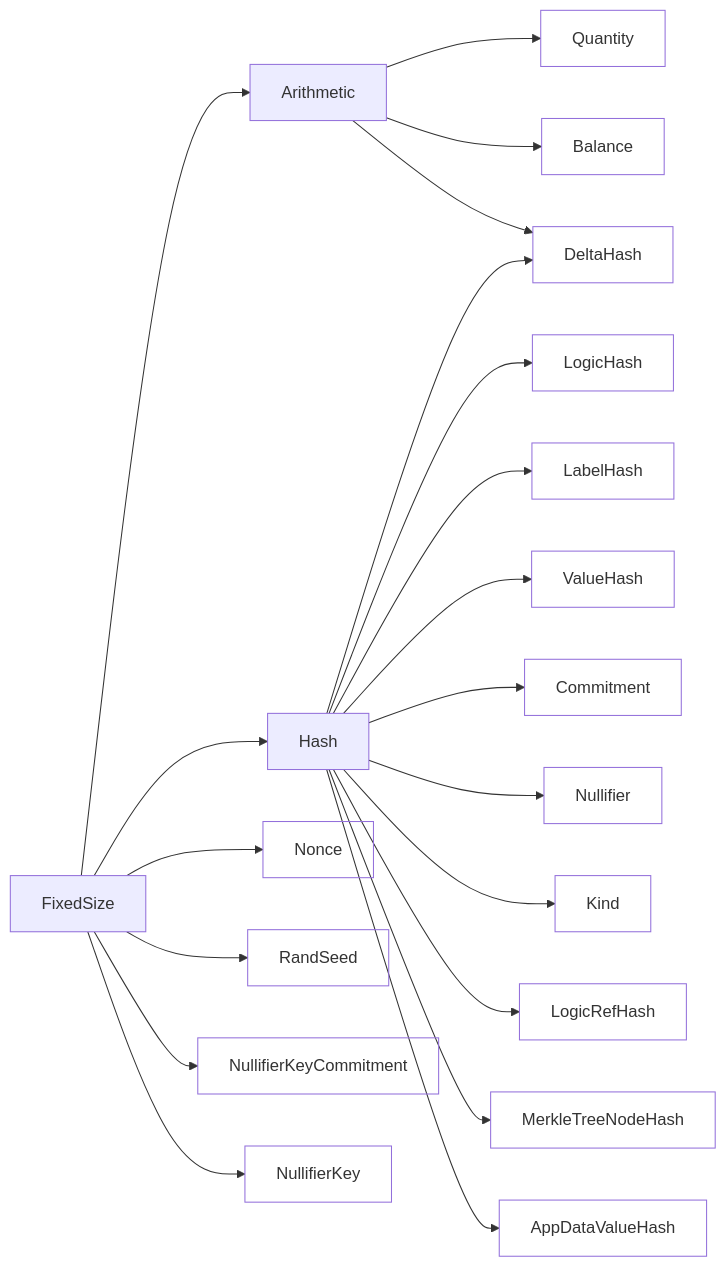
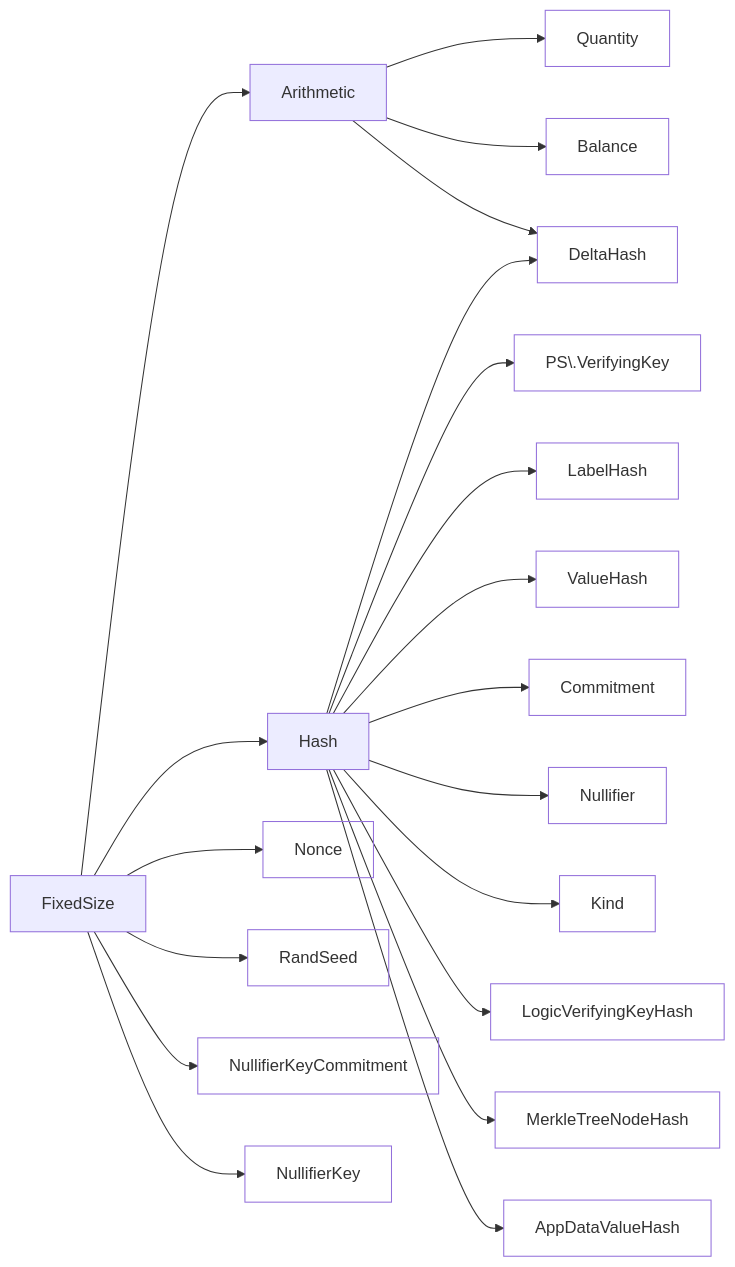
Before and after one commit to anoma/nspec: the second of 2 diagrams in docs/arch/system/state/resource_machine/primitive_interfaces/index.juvix.md, drawn with Mermaid. The commit also changed other lines of this file and 13 other files, not shown here.

````diff
--- a/docs/arch/system/state/resource_machine/primitive_interfaces/index.juvix.md
+++ b/docs/arch/system/state/resource_machine/primitive_interfaces/index.juvix.md
@@ -53,53 +52,53 @@
 ```mermaid
 flowchart LR
 
     FixedSize --> Arithmetic
     FixedSize --> Hash
 
 
     FixedSize --> Nonce
     FixedSize --> RandSeed
     FixedSize --> NullifierKeyCommitment
     FixedSize --> NullifierKey
 
     style Nonce fill:transparent
     style RandSeed fill:transparent
     style NullifierKey fill:transparent
     style NullifierKeyCommitment fill:transparent
 
 
     Arithmetic --> Quantity
     Arithmetic --> Balance
 
     Arithmetic --> DeltaHash
 
     style Quantity fill:transparent
     style Balance fill:transparent
     style DeltaHash fill:transparent
 
 
-    Hash --> LogicHash
+    Hash --> PS\.VerifyingKey 
     Hash --> LabelHash
     Hash --> ValueHash
     Hash --> DeltaHash
 
     Hash --> Commitment
     Hash --> Nullifier
     Hash --> Kind
-    Hash --> LogicRefHash
+    Hash --> LogicVerifyingKeyHash
     Hash --> MerkleTreeNodeHash
 
-    style LogicHash fill:transparent
+    style PS\.VerifyingKey fill:transparent
     style LabelHash fill:transparent
     style ValueHash fill:transparent
     style DeltaHash fill:transparent
     style Commitment fill:transparent
     style Nullifier fill:transparent
     style Kind fill:transparent
-    style LogicRefHash fill:transparent
+    style LogicVerifyingKeyHash fill:transparent
     style MerkleTreeNodeHash fill:transparent
 
 
     Hash --> AppDataValueHash
     style AppDataValueHash fill:transparent
 ```
````
